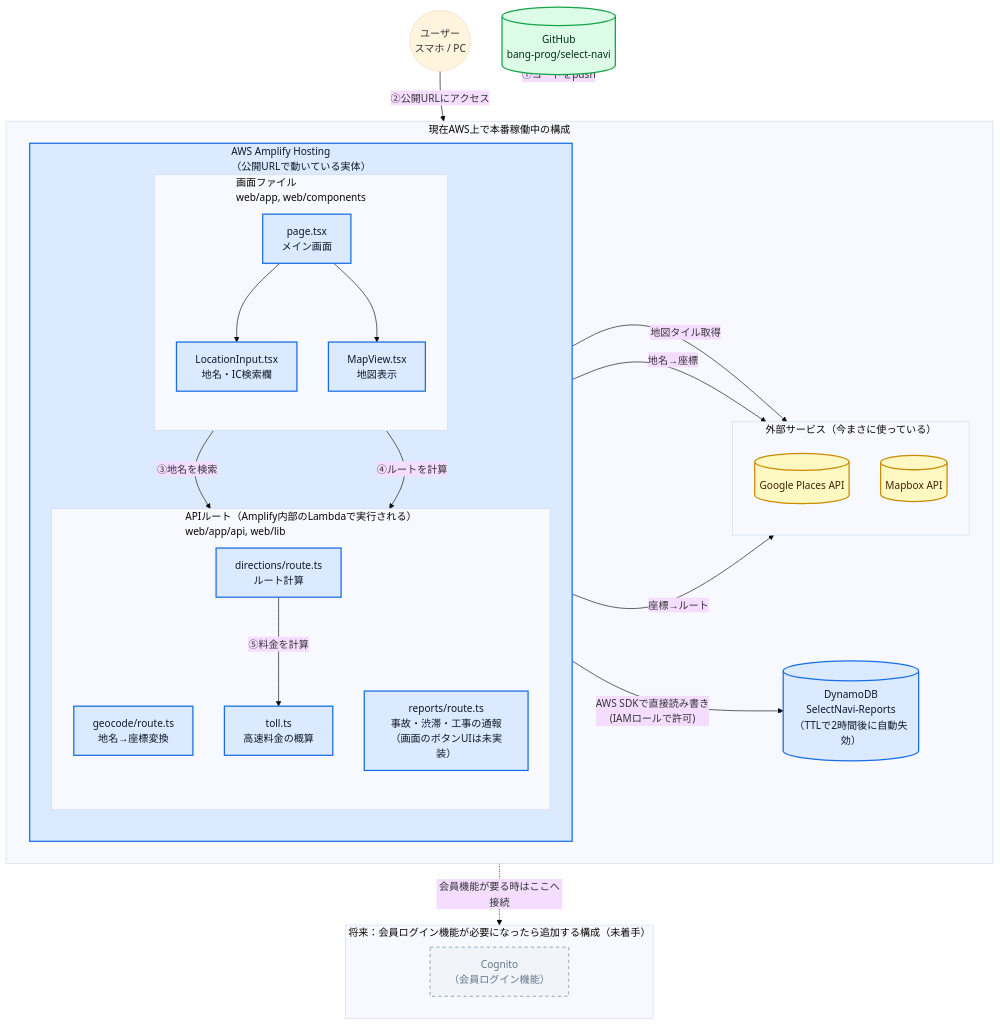
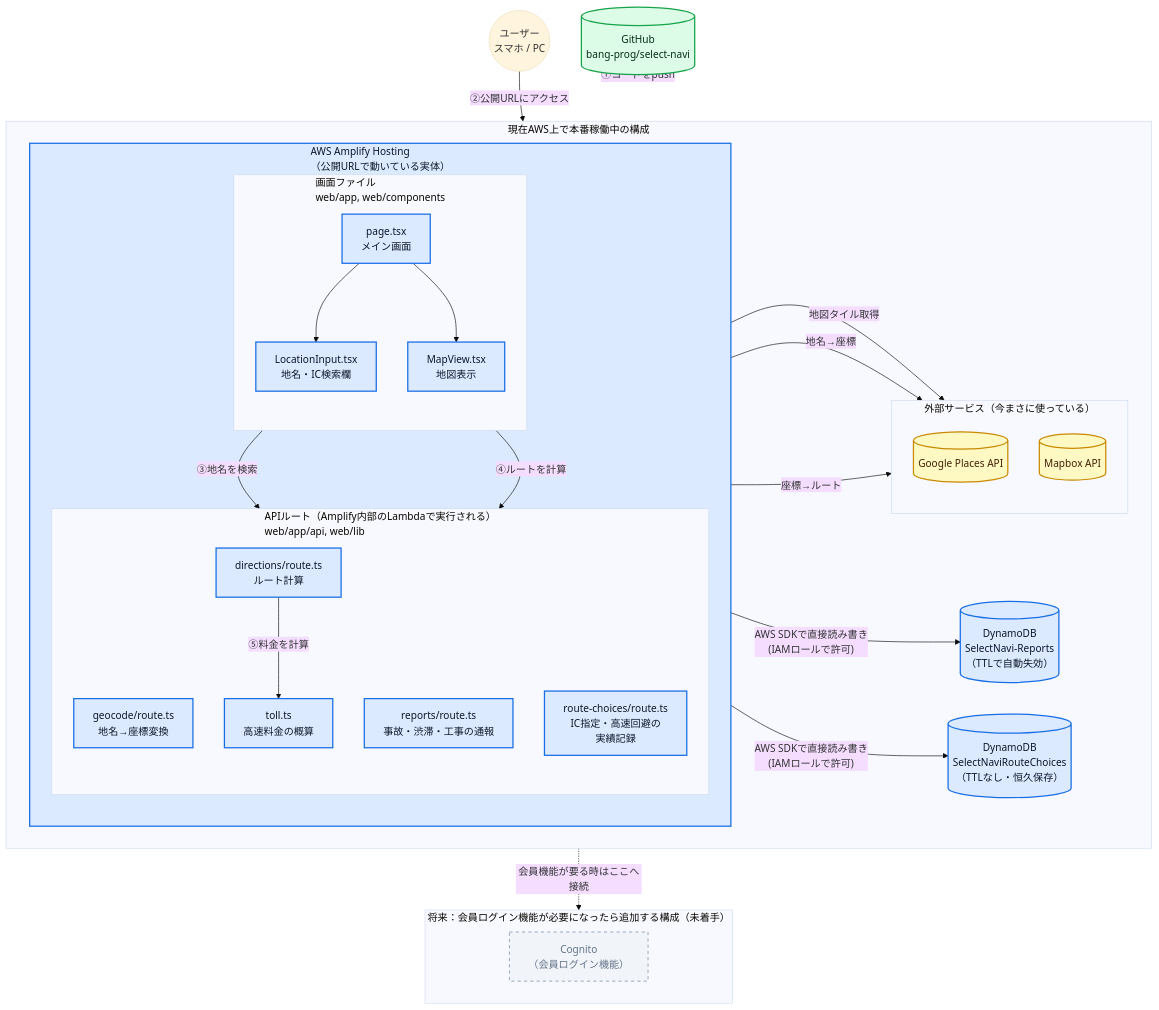
Before and after one commit to bang-prog/Select-Navi: the diagram in TECH_STACK.md, drawn with Mermaid (base theme). The commit also changed other lines of this file and 1 other file, not shown here.

````diff
--- a/TECH_STACK.md
+++ b/TECH_STACK.md
@@ -108,60 +121,63 @@
 ```mermaid
 flowchart TB
     classDef current fill:#dbeafe,stroke:#196ee6,stroke-width:2px,color:#0f172a;
     classDef future fill:#f1f5f9,stroke:#94a3b8,stroke-width:1.5px,stroke-dasharray:5 5,color:#64748b;
     classDef external fill:#fef9c3,stroke:#ca8a04,stroke-width:2px,color:#422006;
     classDef infra fill:#dcfce7,stroke:#16a34a,stroke-width:2px,color:#052e16;
 
     User(("ユーザー<br/>スマホ / PC"))
     GitHub[("GitHub<br/>bang-prog/select-navi")]
 
     subgraph NOW["現在AWS上で本番稼働中の構成"]
         direction LR
         subgraph Amplify["AWS Amplify Hosting<br/>（公開URLで動いている実体）"]
             direction TB
             subgraph FE["画面ファイル<br/>web/app, web/components"]
                 direction TB
                 Page["page.tsx<br/>メイン画面"]
                 LocationInput["LocationInput.tsx<br/>地名・IC検索欄"]
                 MapView["MapView.tsx<br/>地図表示"]
             end
             subgraph BE["APIルート（Amplify内部のLambdaで実行される）<br/>web/app/api, web/lib"]
                 direction TB
                 Geocode["geocode/route.ts<br/>地名→座標変換"]
                 Directions["directions/route.ts<br/>ルート計算"]
                 Toll["toll.ts<br/>高速料金の概算"]
-                Reports["reports/route.ts<br/>事故・渋滞・工事の通報<br/>（画面のボタンUIは未実装）"]
+                Reports["reports/route.ts<br/>事故・渋滞・工事の通報"]
+                RouteChoices["route-choices/route.ts<br/>IC指定・高速回避の<br/>実績記録"]
             end
         end
-        DynamoDB[("DynamoDB<br/>SelectNavi-Reports<br/>（TTLで2時間後に自動失効）")]
+        DynamoDB[("DynamoDB<br/>SelectNavi-Reports<br/>（TTLで自動失効）")]
+        RouteChoicesTable[("DynamoDB<br/>SelectNaviRouteChoices<br/>（TTLなし・恒久保存）")]
         subgraph EXT["外部サービス（今まさに使っている）"]
             direction TB
             Google[("Google Places API")]
             Mapbox[("Mapbox API")]
         end
     end
 
     subgraph FUTURE["将来：会員ログイン機能が必要になったら追加する構成（未着手）"]
         direction LR
         Cognito["Cognito<br/>（会員ログイン機能）"]
     end
 
     GitHub -- "①コードをpush" --> Amplify
     User -- "②公開URLにアクセス" --> Page
     Page --> LocationInput
     Page --> MapView
     LocationInput -- "③地名を検索" --> Geocode
     Page -- "④ルートを計算" --> Directions
     Directions -- "⑤料金を計算" --> Toll
     Geocode -- "地名→座標" --> Google
     Directions -- "座標→ルート" --> Mapbox
     MapView -- "地図タイル取得" --> Mapbox
     Reports -- "AWS SDKで直接読み書き<br/>(IAMロールで許可)" --> DynamoDB
+    RouteChoices -- "AWS SDKで直接読み書き<br/>(IAMロールで許可)" --> RouteChoicesTable
 
     BE -. "会員機能が要る時はここへ接続" .-> Cognito
 
-    class Page,LocationInput,MapView,Geocode,Directions,Toll,Reports,Amplify,DynamoDB current;
+    class Page,LocationInput,MapView,Geocode,Directions,Toll,Reports,RouteChoices,Amplify,DynamoDB,RouteChoicesTable current;
     class GitHub infra;
     class Google,Mapbox external;
     class Cognito future;
 ```
````
